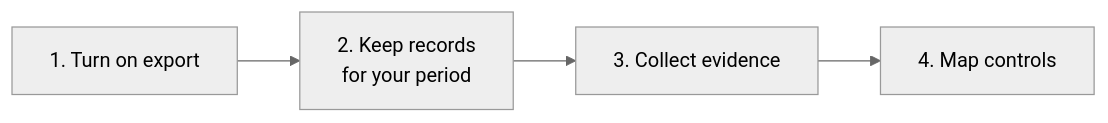
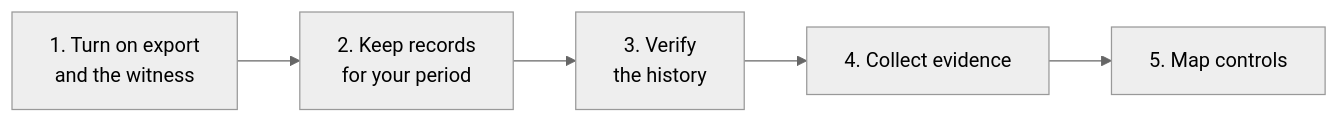
Before and after one commit to aerol-ai/microvm: the third of 3 diagrams in docs/src/content/docs/enterprise/audit-evidence.mdx, drawn with Mermaid (neutral theme). The commit also changed other lines of this file and 8 other files, not shown here.

First line of the commit message:
docs(enterprise): turn on enterprise mode with the S3 audit witness

````diff
--- a/docs/src/content/docs/enterprise/audit-evidence.mdx
+++ b/docs/src/content/docs/enterprise/audit-evidence.mdx
@@ -118,4 +122,4 @@
 ```mermaid
 flowchart LR
-    A["1. Turn on export"] --> B["2. Keep records<br/>for your period"] --> C["3. Collect evidence"] --> D["4. Map controls"]
+    A["1. Turn on export<br/>and the witness"] --> B["2. Keep records<br/>for your period"] --> C["3. Verify<br/>the history"] --> D["4. Collect evidence"] --> E["5. Map controls"]
 ```
````
